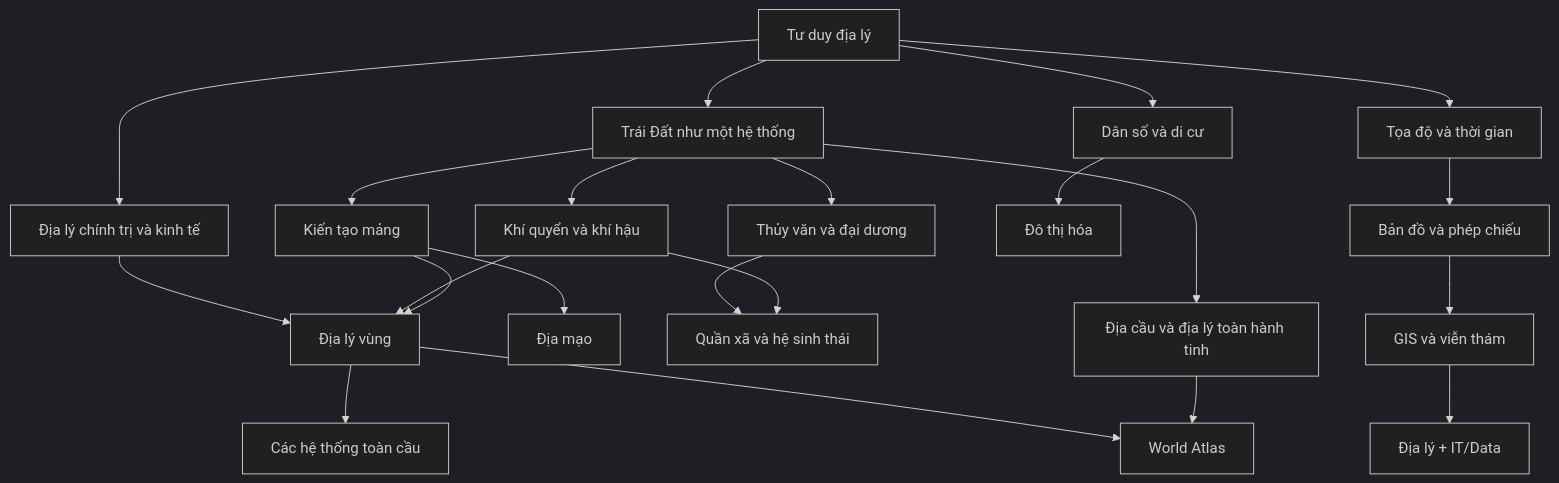
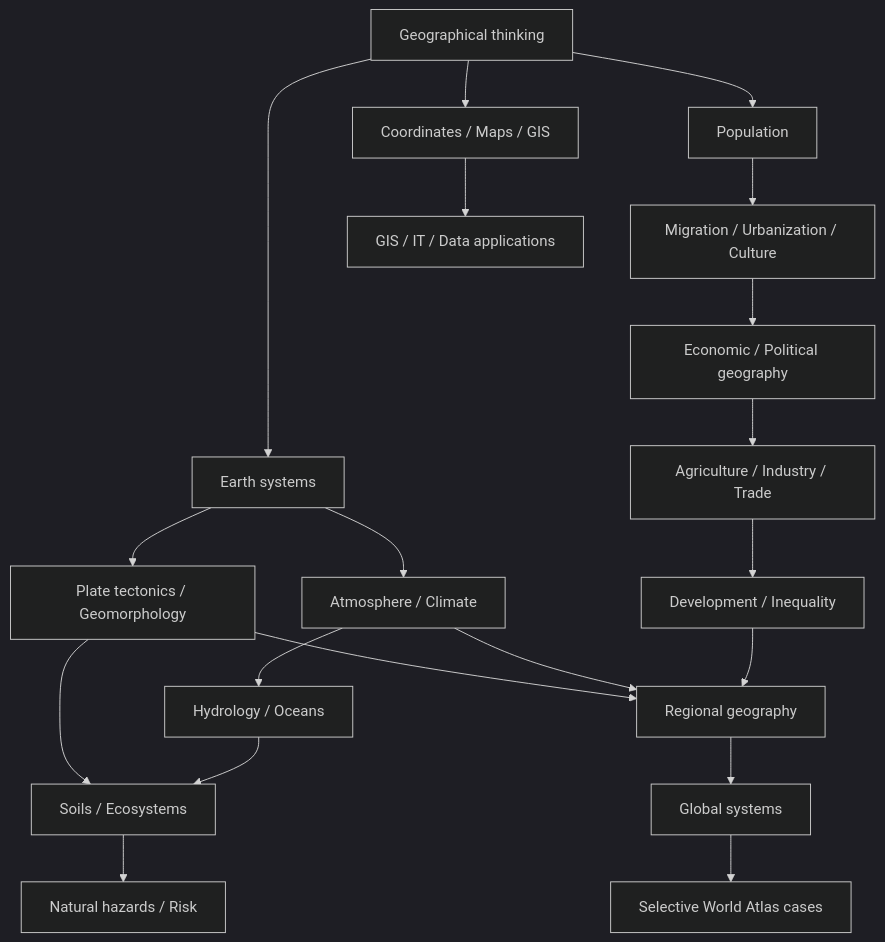
Before and after one commit to hunggtham/learning-docs: the diagram in world_geography/README.md, drawn with Mermaid (dark theme). The commit also changed other lines of this file and 6 other files, not shown here.

````diff
--- a/world_geography/README.md
+++ b/world_geography/README.md
@@ -21,24 +33,22 @@
 ```mermaid
 graph TD
-  A[Tư duy địa lý] --> B[Trái Đất như một hệ thống]
-  A --> C[Tọa độ và thời gian]
-  C --> D[Bản đồ và phép chiếu]
-  D --> E[GIS và viễn thám]
-  B --> F[Kiến tạo mảng]
-  B --> G[Khí quyển và khí hậu]
-  B --> H[Thủy văn và đại dương]
-  F --> I[Địa mạo]
-  G --> J[Quần xã và hệ sinh thái]
-  H --> J
-  A --> K[Dân số và di cư]
-  K --> L[Đô thị hóa]
-  A --> M[Địa lý chính trị và kinh tế]
-  F --> N[Địa lý vùng]
-  G --> N
+  A[Geographical thinking] --> B[Coordinates / Maps / GIS]
+  A --> C[Earth systems]
+  C --> D[Plate tectonics / Geomorphology]
+  C --> E[Atmosphere / Climate]
+  E --> F[Hydrology / Oceans]
+  D --> G[Soils / Ecosystems]
+  F --> G
+  G --> H[Natural hazards / Risk]
+  A --> I[Population]
+  I --> J[Migration / Urbanization / Culture]
+  J --> K[Economic / Political geography]
+  K --> L[Agriculture / Industry / Trade]
+  L --> M[Development / Inequality]
+  D --> N[Regional geography]
+  E --> N
   M --> N
-  N --> O[Các hệ thống toàn cầu]
-  B --> Q[Địa cầu và địa lý toàn hành tinh]
-  Q --> R[World Atlas]
-  N --> R
-  E --> P[Địa lý + IT/Data]
+  N --> O[Global systems]
+  B --> P[GIS / IT / Data applications]
+  O --> Q[Selective World Atlas cases]
 ```
````
